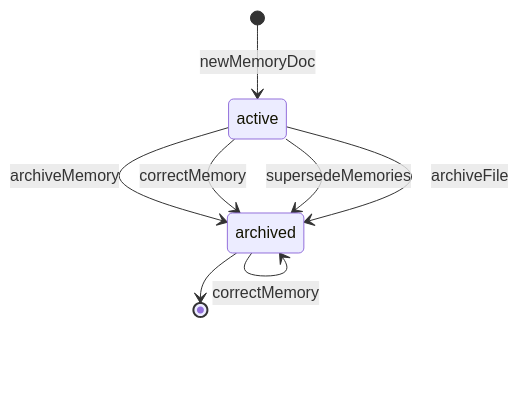
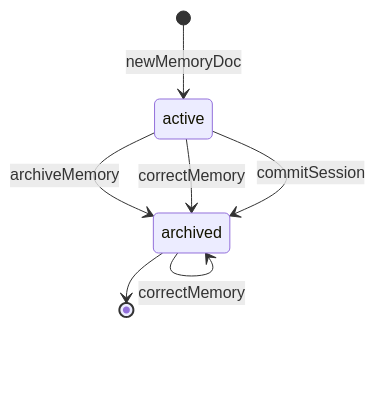
Before and after one commit to memhtml/memhtml: the first of 7 diagrams in docs/behavior/state-machines.md, drawn with Mermaid. The commit also changed other lines of this file and 19 other files, not shown here.

First line of the commit message:
docs: bring the reference, behavior, architecture, diagram, and insight pages in line with 0.16.0

````diff
--- a/docs/behavior/state-machines.md
+++ b/docs/behavior/state-machines.md
@@ -24,11 +31,10 @@
 ```mermaid
 stateDiagram-v2
     [*] --> active : newMemoryDoc
     active --> archived : archiveMemory
     active --> archived : correctMemory
-    active --> archived : supersedeMemories
-    active --> archived : archiveFile
+    active --> archived : commitSession
     archived --> archived : archiveMemory
     archived --> archived : correctMemory
     archived --> [*]
 ```
````
